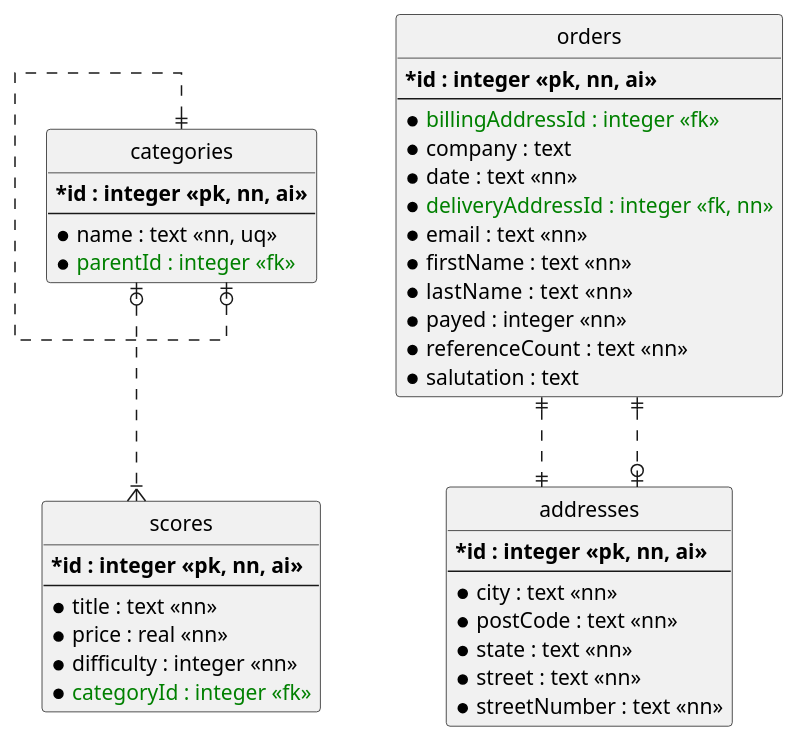
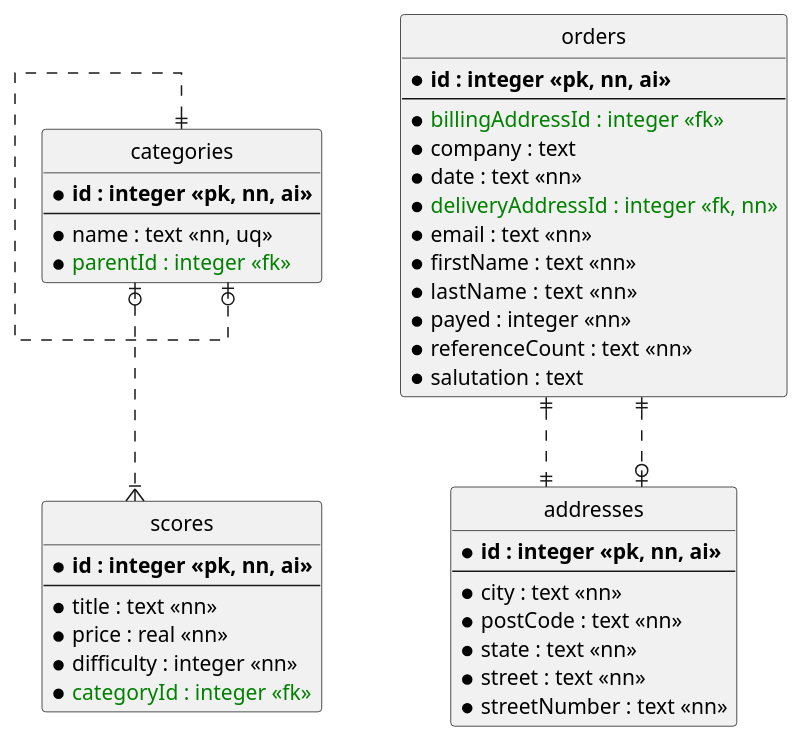
One commit to mknentwich/core changed the diagram in doc/database/database.adoc. Above: the diagram before and after it, drawn with PlantUML.

Commit message:
fixed bold bullets

```diff
--- a/doc/database/database.adoc
+++ b/doc/database/database.adoc
@@ -8,59 +8,59 @@
 [plantuml, database_model, svg]
 ....
 @startuml
 
 hide circle
 skinparam linetype ortho
 
 ' entities
 
 entity "categories" as cat {
-  ***id : integer <<pk, nn, ai>>**
+  * **id : integer <<pk, nn, ai>>**
   --
   *name : text <<nn, uq>>
   *<color:green>parentId : integer <<fk>></color>
 }
 
 entity "scores" as sco {
-  ***id : integer <<pk, nn, ai>>**
+  * **id : integer <<pk, nn, ai>>**
   --
   *title : text <<nn>>
   *price : real <<nn>>
   *difficulty : integer <<nn>>
   *<color:green>categoryId : integer <<fk>></color>
 }
 
 entity "orders" as ord {
-  ***id : integer <<pk, nn, ai>>**
+  * **id : integer <<pk, nn, ai>>**
   --
   *<color:green>billingAddressId : integer <<fk>></color>
   *company : text
   *date : text <<nn>>
   *<color:green>deliveryAddressId : integer <<fk, nn>></color>
   *email : text <<nn>>
   *firstName : text <<nn>>
   *lastName :  text <<nn>>
   *payed : integer <<nn>>
   *referenceCount : text <<nn>>
   *salutation : text
 }
 
 entity "addresses" as add {
-  ***id : integer <<pk, nn, ai>>**
+  * **id : integer <<pk, nn, ai>>**
   --
   *city : text <<nn>>
   *postCode : text <<nn>>
   *state : text <<nn>>
   *street : text <<nn>>
   *streetNumber : text <<nn>>
 }
 
 ' relations
 
 cat ||..o| cat
 cat |o..|{ sco
 ord ||..|| add
 ord ||..o| add
 
 @enduml
 ....
```
